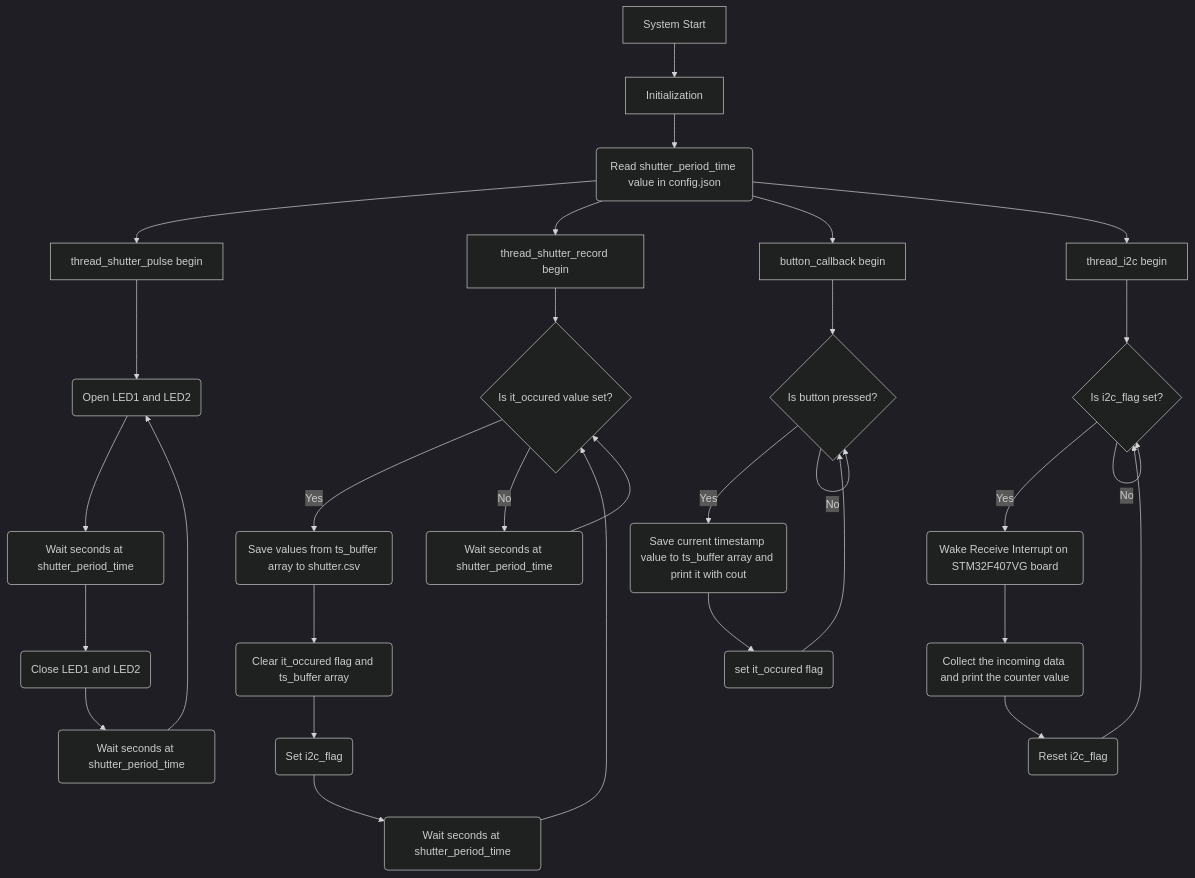
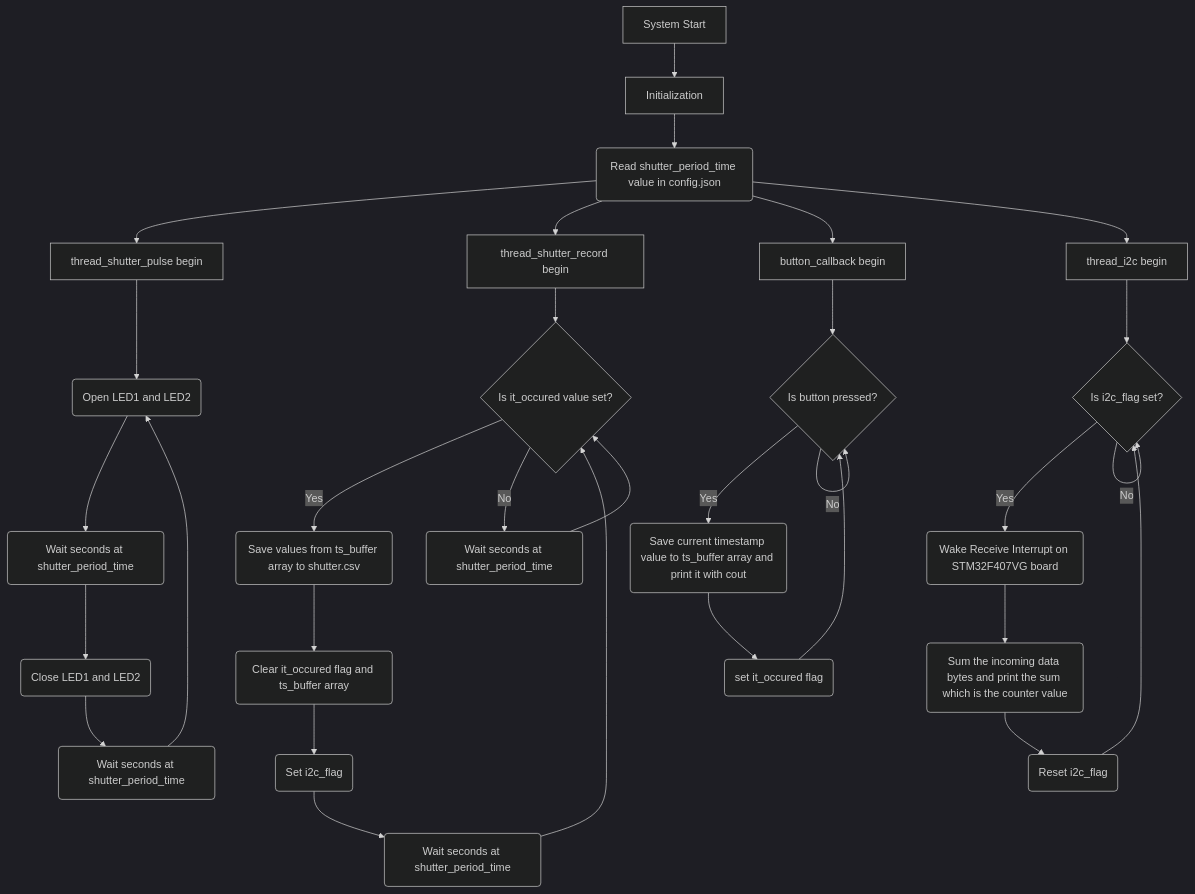
One commit to aerogluMU/ALperen-Eroglu-Baykar-Challenges changed the first of 2 diagrams in README.md. Above: the diagram before and after it, drawn with Mermaid (dark theme).

Commit message:
Updated FlowChart

````diff
--- a/README.md
+++ b/README.md
@@ -45,37 +45,37 @@
 ```mermaid
 graph  TD
     A[System Start]  -->B[Initialization]
     B  -->  C(Read shutter_period_time value in config.json)
     C  -->  T1[thread_shutter_pulse begin]
     C  -->  T2[thread_shutter_record begin]
     C  -->  INT[button_callback begin]
     C  -->  T3[thread_i2c begin]
 
     T1  -->  T11(Open LED1 and LED2)
     T11  -->  T1D1(Wait seconds at shutter_period_time)
     T1D1  -->  T12(Close LED1 and LED2)
     T12  -->  T1D2(Wait seconds at shutter_period_time)
     T1D2  -->  T11
 
     T2  -->  T2INT{Is it_occured value set?}
     T2INT  -->  |Yes| T2SAVE(Save values from ts_buffer array to shutter.csv)
     T2SAVE  -->  T2CLEAR(Clear it_occured flag and ts_buffer array)
     T2CLEAR  -->  T2SET(Set i2c_flag)
     T2SET  -->  T2D1(Wait seconds at shutter_period_time)
     T2D1  -->  T2INT
     T2INT  -->  |No| T2D2(Wait seconds at shutter_period_time)
     T2D2  -->  T2INT
 
     INT  -->  INT_ISPRESSED{Is button pressed?}
     INT_ISPRESSED  -->  |Yes| INT_ISPRESSED_Y(Save current timestamp value to ts_buffer array and print it with cout)
     INT_ISPRESSED_Y  -->  INT_ISPRESSED_1(set it_occured flag)
     INT_ISPRESSED_1  -->  INT_ISPRESSED
     INT_ISPRESSED  -->  |No| INT_ISPRESSED
 
     T3  -->  T3_INT{Is i2c_flag set?}
     T3_INT  -->  |Yes| T3_STM(Wake Receive Interrupt on STM32F407VG board)
-    T3_STM  -->  T3_CNT(Collect the incoming data and print the counter value)
+    T3_STM  -->  T3_CNT(Sum the incoming data bytes and print the sum which is the counter value)
     T3_CNT  -->  T3_RST(Reset i2c_flag)
     T3_RST  -->  T3_INT
     T3_INT  -->  |No| T3_INT
 ```
````
